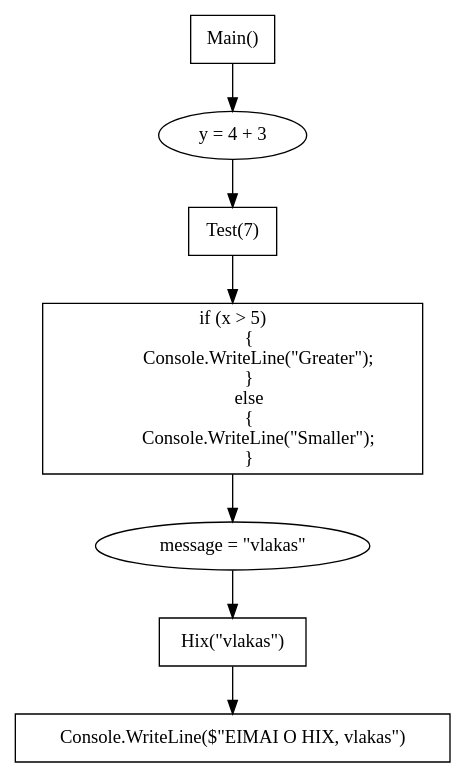
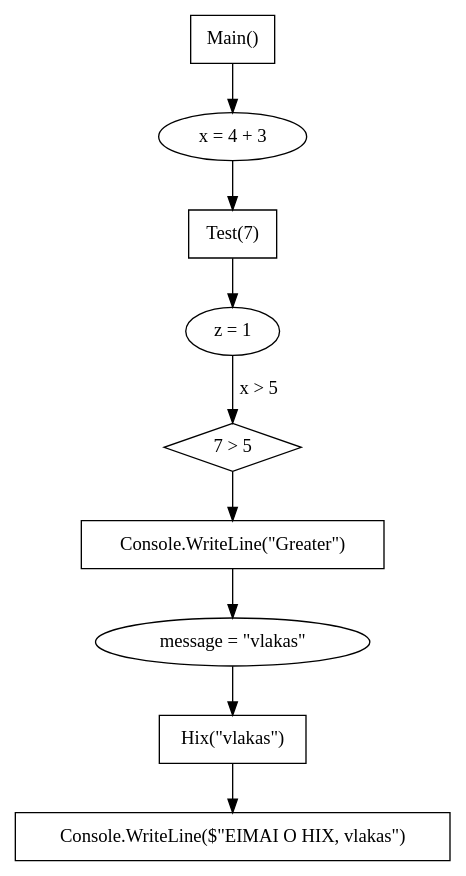
Before and after one commit to kx0101/csharp-flowchart: the diagram in flowchart.dot, drawn with Graphviz. The commit also changed 3 other files, not shown here.

```diff
--- a/flowchart.dot
+++ b/flowchart.dot
@@ -1,22 +1,19 @@
 digraph Flowchart {
     Node0 [shape=box, label="Main()"];
-    Node1 [shape=ellipse, label="y = 4 + 3"];
+    Node1 [shape=ellipse, label="x = 4 + 3"];
     Node0 -> Node1;
     Node2 [shape=box, label="Test(7)"];
     Node1 -> Node2;
-    Node3 [shape=box, label="if (x > 5)
-        {
-            Console.WriteLine(\"Greater\");
-        }
-        else
-        {
-            Console.WriteLine(\"Smaller\");
-        }"];
+    Node3 [shape=ellipse, label="z = 1"];
     Node2 -> Node3;
-    Node4 [shape=ellipse, label="message = \"vlakas\""];
-    Node3 -> Node4;
-    Node5 [shape=box, label="Hix(\"vlakas\")"];
+    Node3 -> Node4 [label="x > 5"];
+    Node4 [shape=diamond, label="7 > 5"];
+    Node5 [shape=box, label="Console.WriteLine(\"Greater\")"];
     Node4 -> Node5;
-    Node6 [shape=box, label="Console.WriteLine($\"EIMAI O HIX, vlakas\")"];
+    Node6 [shape=ellipse, label="message = \"vlakas\""];
     Node5 -> Node6;
+    Node7 [shape=box, label="Hix(\"vlakas\")"];
+    Node6 -> Node7;
+    Node8 [shape=box, label="Console.WriteLine($\"EIMAI O HIX, vlakas\")"];
+    Node7 -> Node8;
 }
```
